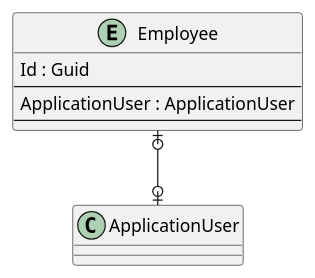
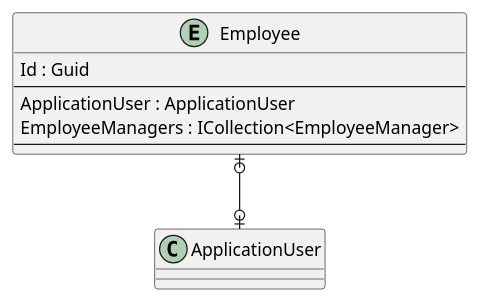
One commit to intrepion/intrepion_employee-managers_csharp changed the diagram in .docs/Intrepion.EmployeeManagers.pu. Above: the diagram before and after it, drawn with PlantUML.

```diff
--- a/.docs/Intrepion.EmployeeManagers.pu
+++ b/.docs/Intrepion.EmployeeManagers.pu
@@ -1,17 +1,18 @@
 @startuml
 
 entity Employee {
     Id : Guid
     --
     ApplicationUser : ApplicationUser
+    EmployeeManagers : ICollection<EmployeeManager>
     ' EmployeeKeyCodePlaceholder
     --
     ' EmployeePropertyCodePlaceholder
 }
 
 ' EntityCodePlaceholder
 
 Employee |o--o| ApplicationUser
 ' RelationshipCodePlaceholder
 
 @enduml
```
